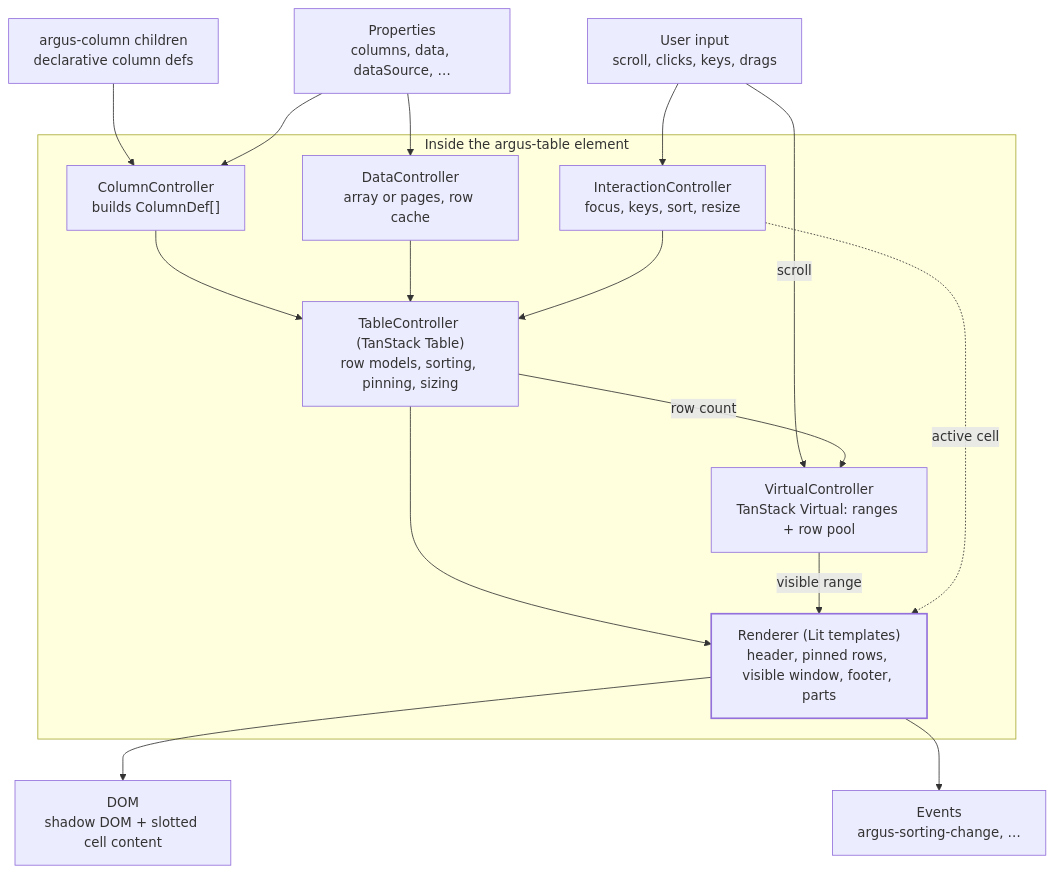
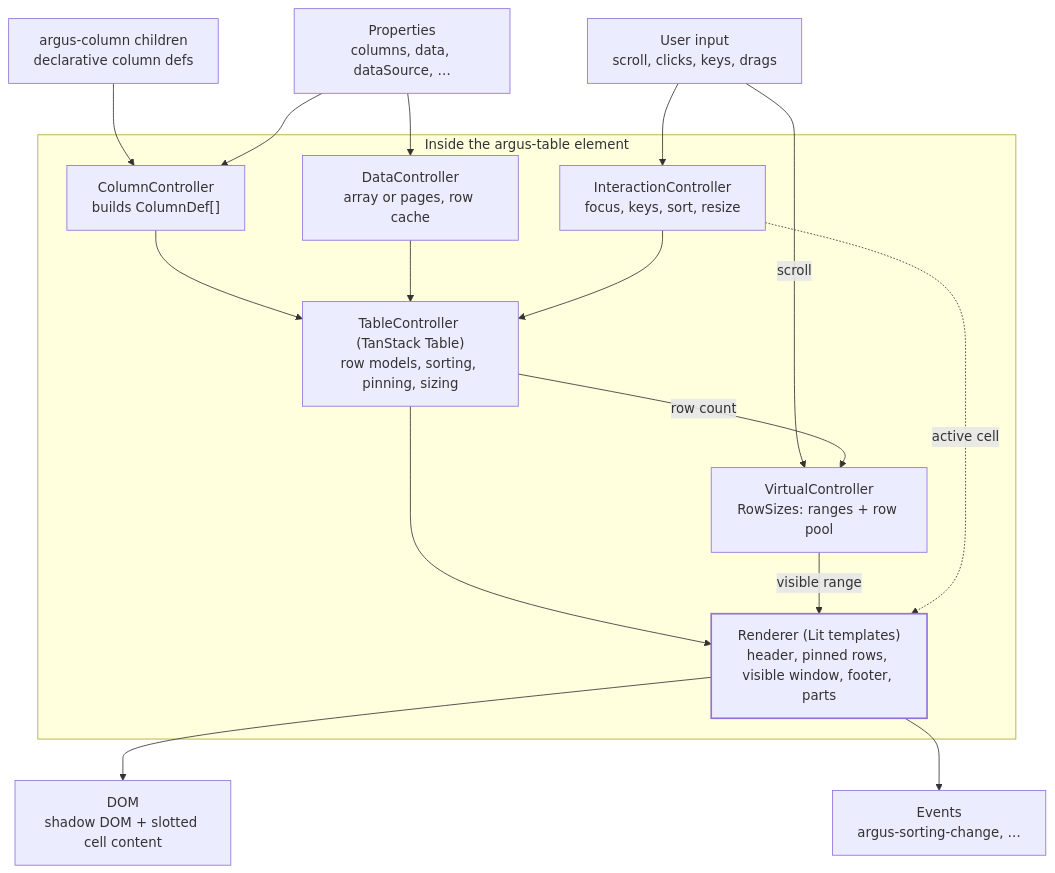
Before and after one commit to Joessst-Dev/argus-table: the diagram in docs/plan/code-architecture/01-module-map.md, drawn with Mermaid. The commit also changed 16 other files, not shown here.

First line of the commit message:
perf: own row virtualization, without TanStack Virtual (ADR 0008) (#145)

````diff
--- a/docs/plan/code-architecture/01-module-map.md
+++ b/docs/plan/code-architecture/01-module-map.md
@@ -11,36 +11,36 @@
 ```mermaid
 flowchart TD
     children["argus-column children<br/>declarative column defs"]
     props["Properties<br/>columns, data, dataSource, …"]
     user["User input<br/>scroll, clicks, keys, drags"]
 
     subgraph element["Inside the argus-table element"]
         col["ColumnController<br/>builds ColumnDef[]"]
         data["DataController<br/>array or pages, row cache"]
         inter["InteractionController<br/>focus, keys, sort, resize"]
         table["TableController (TanStack Table)<br/>row models, sorting, pinning, sizing"]
-        virt["VirtualController<br/>TanStack Virtual: ranges + row pool"]
+        virt["VirtualController<br/>RowSizes: ranges + row pool"]
         render["Renderer (Lit templates)<br/>header, pinned rows, visible window, footer, parts"]
     end
 
     dom["DOM<br/>shadow DOM + slotted cell content"]
     events["Events<br/>argus-sorting-change, …"]
 
     children --> col
     props --> col
     props --> data
     user --> inter
     user -- scroll --> virt
     col --> table
     data --> table
     inter --> table
     table -- row count --> virt
     table --> render
     virt -- visible range --> render
     inter -. active cell .-> render
     render --> dom
     render --> events
 
     classDef main stroke-width:2px
     class render main
 ```
````
